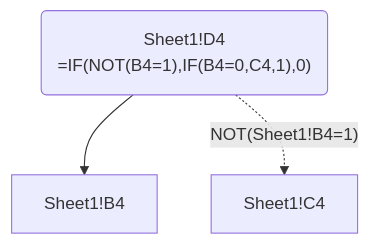
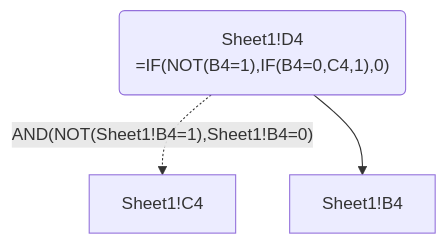
One commit to Teal-Insights/excel-grapher changed the fourth of 11 diagrams in examples/micro_workbooks/extraction_basics.md. Above: the diagram before and after it, drawn with Mermaid. The commit also changed other lines of this file and 5 other files, not shown here.

````diff
--- a/examples/micro_workbooks/extraction_basics.md
+++ b/examples/micro_workbooks/extraction_basics.md
@@ -221,8 +234,8 @@
 ``` mermaid
 flowchart TD
   Sheet1_B4["Sheet1!B4"]
   Sheet1_C4["Sheet1!C4"]
   Sheet1_D4("Sheet1!D4<br>=IF(NOT(B4=1),IF(B4=0,C4,1),0)")
+  Sheet1_D4 -.->|"AND(NOT(Sheet1!B4=1),Sheet1!B4=0)"| Sheet1_C4
   Sheet1_D4 --> Sheet1_B4
-  Sheet1_D4 -.->|"NOT(Sheet1!B4=1)"| Sheet1_C4
 ```
````
